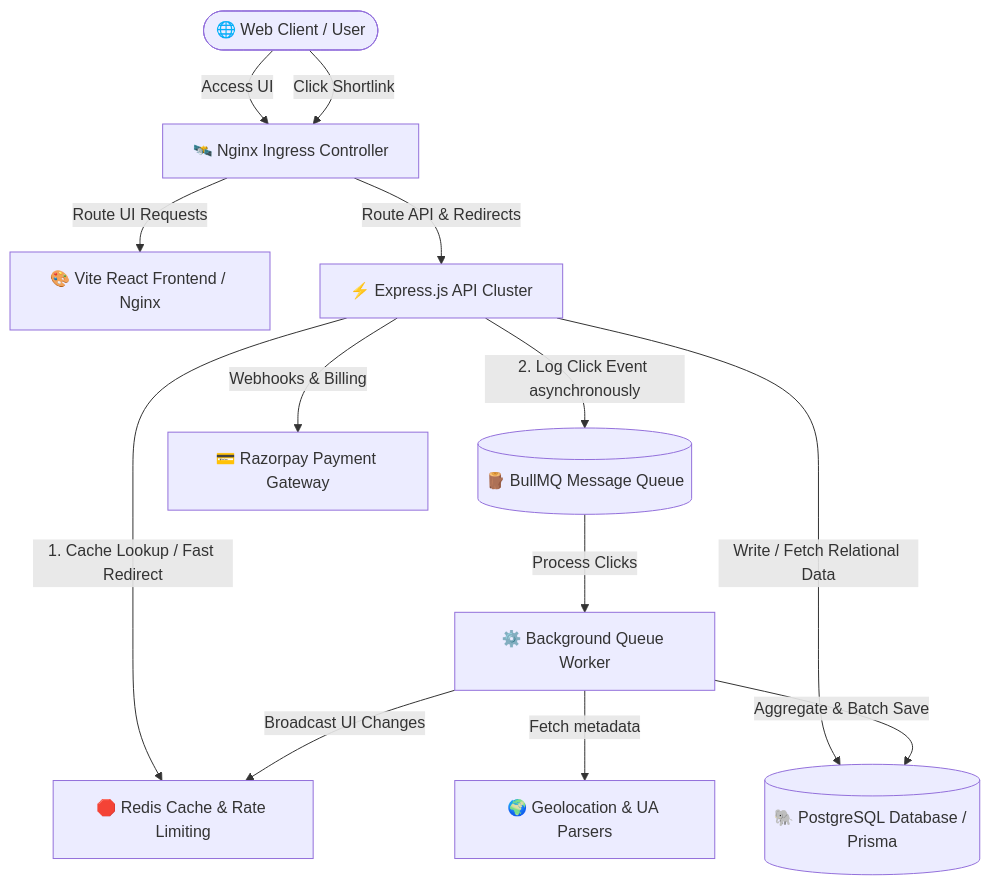
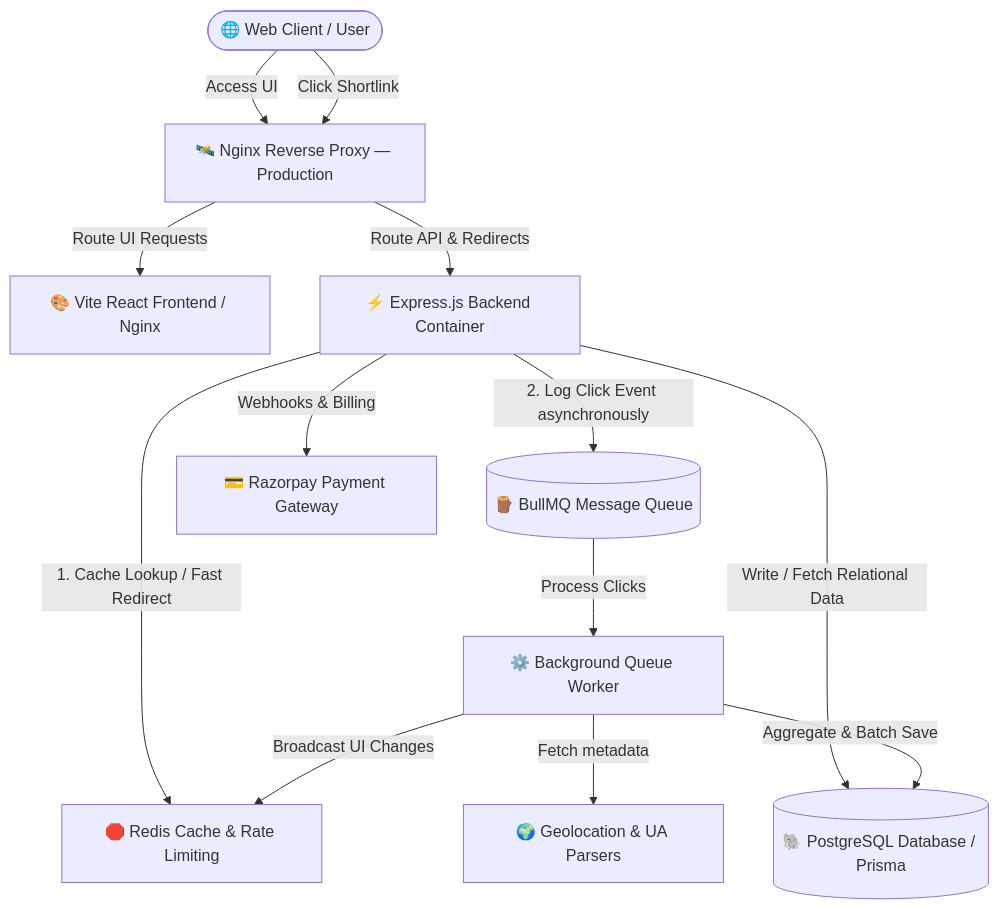
Before and after one commit to PrashantBhushan-repo/url_shortner-system_desing-analytics-full_stack: the first of 2 diagrams in README.md, drawn with Mermaid. The commit also changed other lines of this file and 8 other files, not shown here.

Commit message:
docs: document architecture, APIs, and deployment

````diff
--- a/README.md
+++ b/README.md
@@ -20,29 +19,29 @@
 ```mermaid
 graph TD
     User([🌐 Web Client / User])
-    Ingress[🛰️ Nginx Ingress Controller]
+    Ingress[🛰️ Nginx Reverse Proxy — Production]
     Frontend[🎨 Vite React Frontend / Nginx]
-    Backend[⚡ Express.js API Cluster]
+    Backend[⚡ Express.js Backend Container]
     Redis[🛑 Redis Cache & Rate Limiting]
     Queue[(🪵 BullMQ Message Queue)]
     Worker[⚙️ Background Queue Worker]
     Postgres[(🐘 PostgreSQL Database / Prisma)]
     GeoIP[🌍 Geolocation & UA Parsers]
     Razorpay[💳 Razorpay Payment Gateway]
 
     User -->|Access UI| Ingress
     User -->|Click Shortlink| Ingress
     Ingress -->|Route UI Requests| Frontend
     Ingress -->|Route API & Redirects| Backend
 
     Backend -->|1. Cache Lookup / Fast Redirect| Redis
     Backend -->|2. Log Click Event asynchronously| Queue
     Backend -->|Write / Fetch Relational Data| Postgres
     
     Queue -->|Process Clicks| Worker
     Worker -->|Fetch metadata| GeoIP
     Worker -->|Aggregate & Batch Save| Postgres
     Worker -->|Broadcast UI Changes| Redis
 
     Backend -->|Webhooks & Billing| Razorpay
 ```
````
